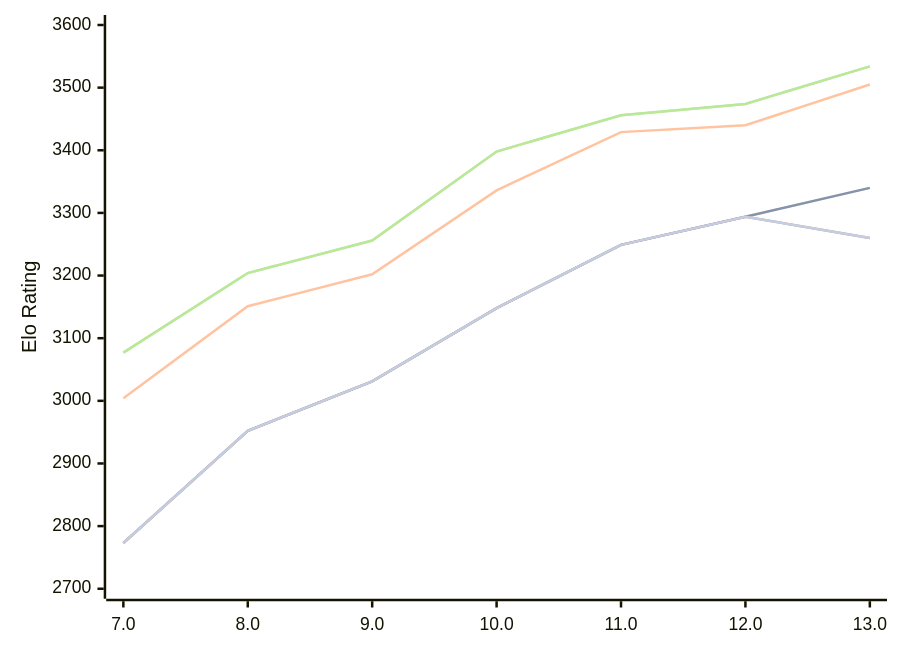
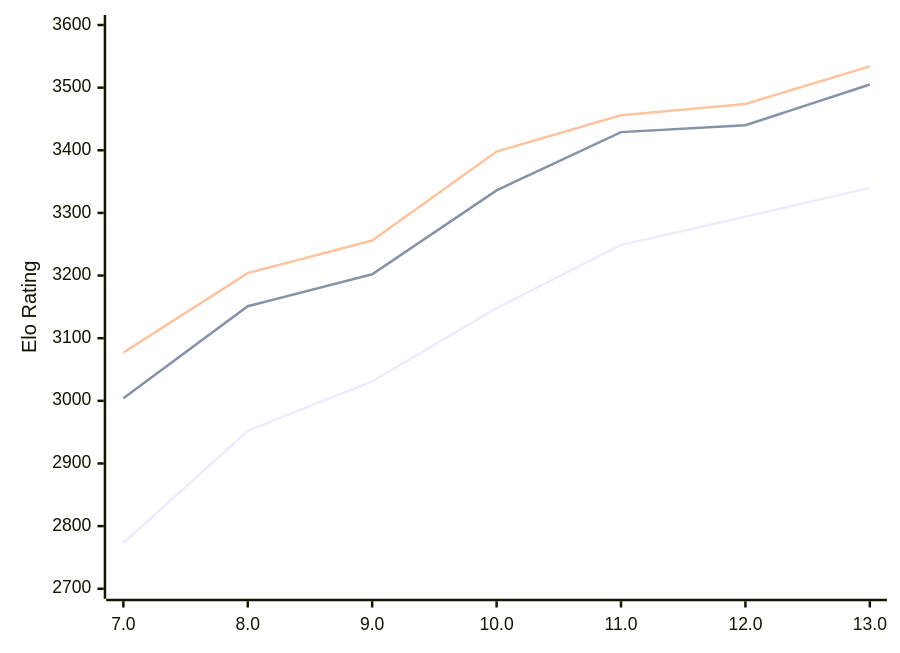
One commit to computer-chess-index/cci changed the diagram in engines/Tcheran.md. Above: the diagram before and after it, drawn with Mermaid. The commit also changed other lines of this file, not shown here.

````diff
--- a/engines/Tcheran.md
+++ b/engines/Tcheran.md
@@ -53,13 +53,9 @@
 ```mermaid
 %%{init: {"theme":"base","themeVariables":{"seriesColors:['#a3a3a3','#222221','#faa371']}}}%%
 xychart-beta
   x-axis ["7.0", "8.0", "9.0", "10.0", "11.0", "12.0", "13.0"]
   y-axis "Elo Rating" 2700 --> 3600
-  line "" [2773, 2952, 3031, 3148, 3249, 3294, 3340]
   line "T1: STC (8.0+0.08s)" [2773, 2952, 3031, 3148, 3249, 3294, 3340]
   line "T1: LTC (60.0+0.60s)" [3004, 3151, 3202, 3336, 3429, 3440, 3505]
-  line "" [3077, 3204, 3256, 3398, 3456, 3474, 3534]
   line "T1: VLTC (2m24s+1.12s)" [3077, 3204, 3256, 3398, 3456, 3474, 3534]
-  line "" [2773, 2952, 3031, 3148, 3249, 3294,3260]
-  line "E1: STC (8.0+0.08s)" [2773, 2952, 3031, 3148, 3249, 3294,3260]
 ```
````
